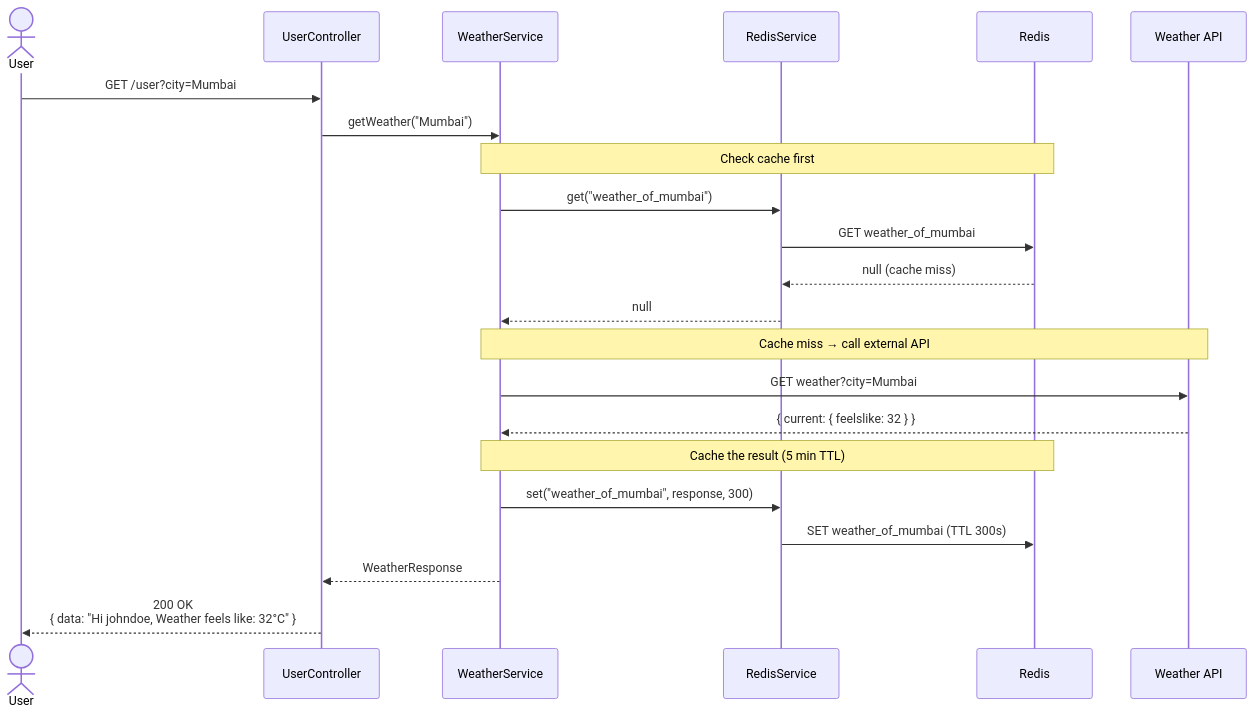
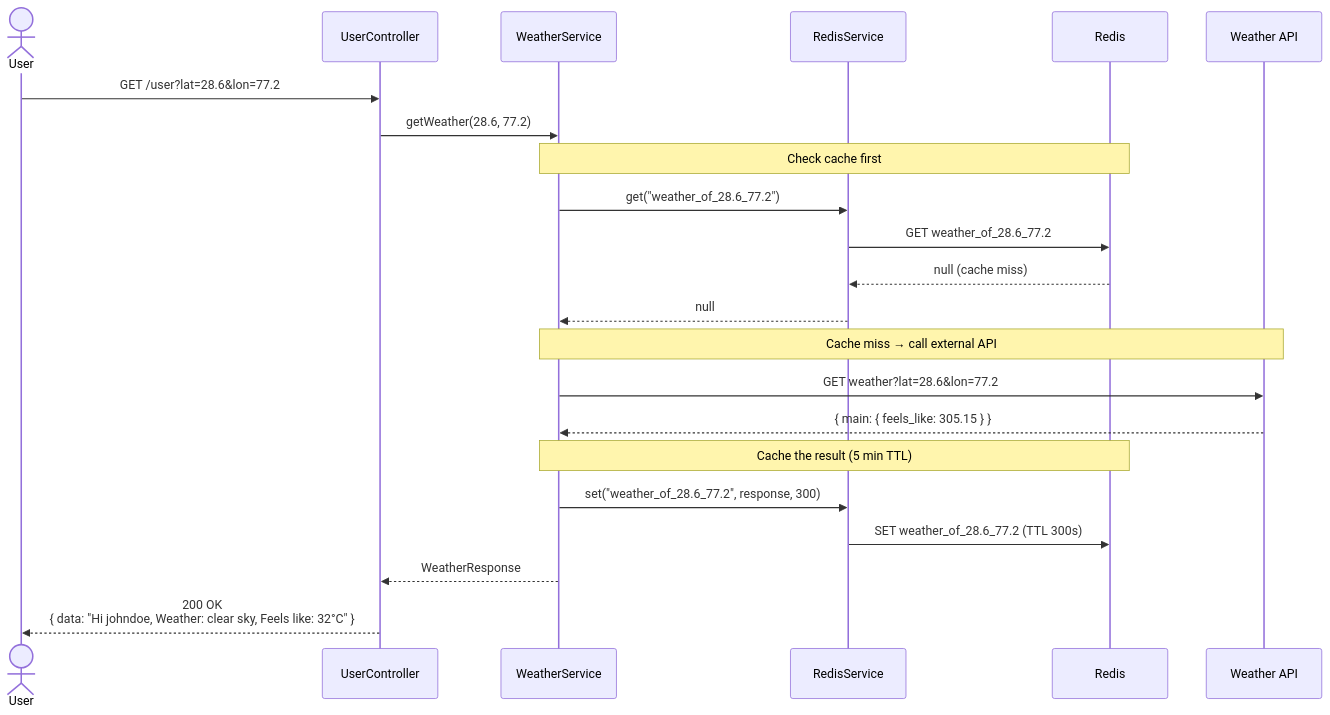
One commit to trishal13/journalApp changed the fourth of 7 diagrams in JournalApp_FlowChart.md. Above: the diagram before and after it, drawn with Mermaid. The commit also changed other lines of this file and 12 other files, not shown here.

Commit message:
updated unit test cases and hld, lld, flowchart and postman collection

````diff
--- a/JournalApp_FlowChart.md
+++ b/JournalApp_FlowChart.md
@@ -169,29 +169,29 @@
 ```mermaid
 sequenceDiagram
     actor User
     participant Ctrl as UserController
     participant WeatherSvc as WeatherService
     participant Redis as RedisService
     participant Cache as Redis
     participant API as Weather API
 
-    User->>Ctrl: GET /user?city=Mumbai
-    Ctrl->>WeatherSvc: getWeather("Mumbai")
+    User->>Ctrl: GET /user?lat=28.6&lon=77.2
+    Ctrl->>WeatherSvc: getWeather(28.6, 77.2)
 
     Note over WeatherSvc,Cache: Check cache first
-    WeatherSvc->>Redis: get("weather_of_mumbai")
-    Redis->>Cache: GET weather_of_mumbai
+    WeatherSvc->>Redis: get("weather_of_28.6_77.2")
+    Redis->>Cache: GET weather_of_28.6_77.2
     Cache-->>Redis: null (cache miss)
     Redis-->>WeatherSvc: null
 
     Note over WeatherSvc,API: Cache miss → call external API
-    WeatherSvc->>API: GET weather?city=Mumbai
-    API-->>WeatherSvc: { current: { feelslike: 32 } }
+    WeatherSvc->>API: GET weather?lat=28.6&lon=77.2
+    API-->>WeatherSvc: { main: { feels_like: 305.15 } }
 
     Note over WeatherSvc,Cache: Cache the result (5 min TTL)
-    WeatherSvc->>Redis: set("weather_of_mumbai", response, 300)
-    Redis->>Cache: SET weather_of_mumbai (TTL 300s)
+    WeatherSvc->>Redis: set("weather_of_28.6_77.2", response, 300)
+    Redis->>Cache: SET weather_of_28.6_77.2 (TTL 300s)
 
     WeatherSvc-->>Ctrl: WeatherResponse
-    Ctrl-->>User: 200 OK<br/>{ data: "Hi johndoe, Weather feels like: 32°C" }
+    Ctrl-->>User: 200 OK<br/>{ data: "Hi johndoe, Weather: clear sky, Feels like: 32°C" }
 ```
````
